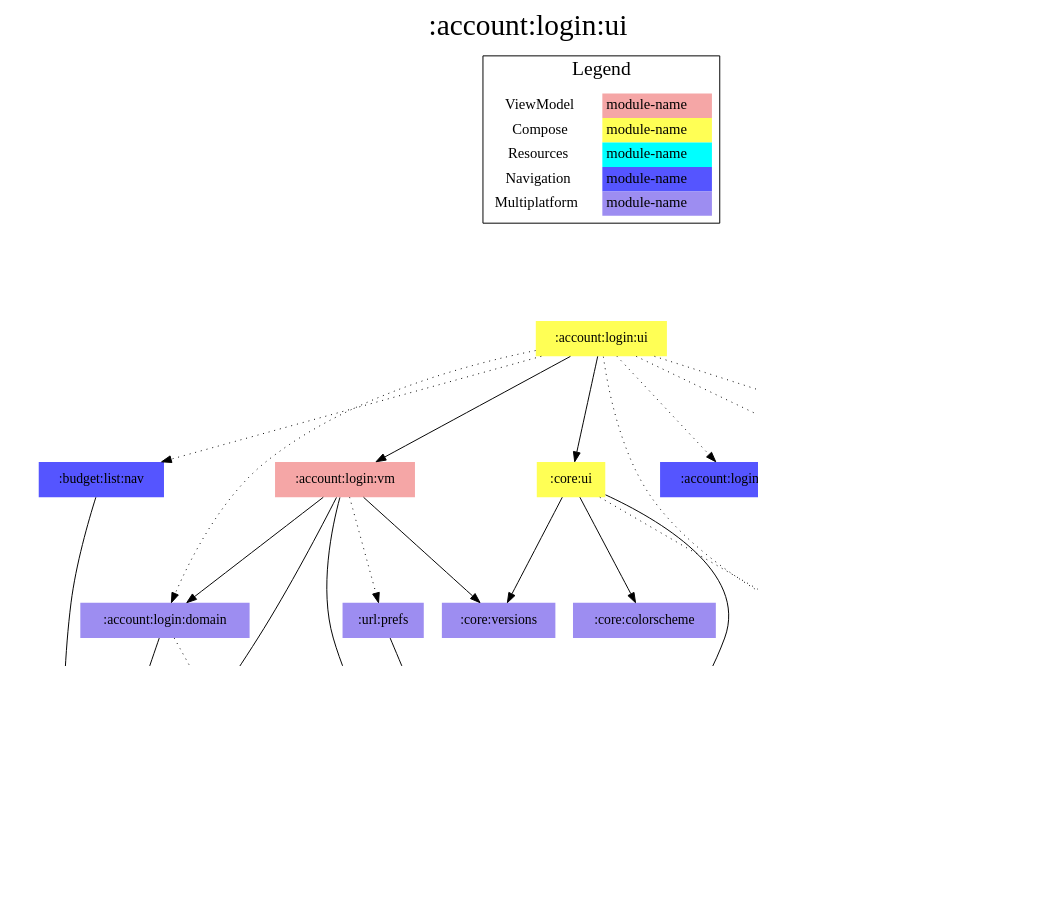
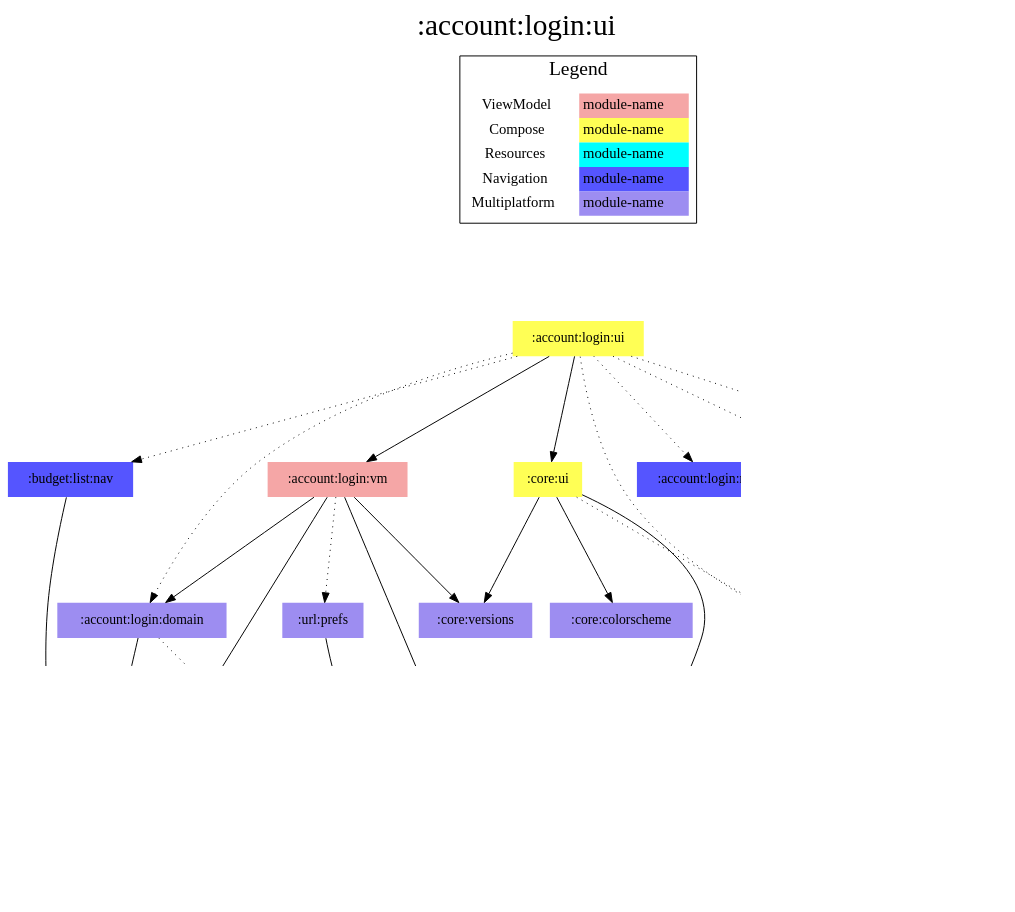
The diagram in modules/account/login/ui/modules.dot (jonapoul/aktual), drawn with Graphviz before and after one commit. The commit also changed 96 other files, not shown here.

Commit message:
url:model -> core:model

```diff
--- a/modules/account/login/ui/modules.dot
+++ b/modules/account/login/ui/modules.dot
@@ -1,64 +1,64 @@
 digraph {
 edge ["dir"="forward"]
 graph ["dpi"="100","label"=":account:login:ui","labelloc"="t","fontsize"="30","ranksep"="1.5","rankdir"="TB"]
 node ["style"="filled"]
 ":account:login:domain" ["fillcolor"="#9D8DF1","shape"="none"]
 ":account:login:nav" ["fillcolor"="#5555FF","shape"="none"]
 ":account:login:res" ["fillcolor"="#00FFFF","shape"="none"]
 ":account:login:ui" ["fillcolor"="#FFFF55","shape"="none"]
 ":account:login:vm" ["fillcolor"="#F5A6A6","shape"="none"]
 ":account:model" ["fillcolor"="#9D8DF1","shape"="none"]
 ":api:actual" ["fillcolor"="#9D8DF1","shape"="none"]
 ":budget:list:nav" ["fillcolor"="#5555FF","shape"="none"]
 ":budget:model" ["fillcolor"="#9D8DF1","shape"="none"]
 ":codegen:annotation" ["fillcolor"="#9D8DF1","shape"="none"]
 ":core:colorscheme" ["fillcolor"="#9D8DF1","shape"="none"]
+":core:model" ["fillcolor"="#9D8DF1","shape"="none"]
 ":core:res" ["fillcolor"="#00FFFF","shape"="none"]
 ":core:ui" ["fillcolor"="#FFFF55","shape"="none"]
 ":core:versions" ["fillcolor"="#9D8DF1","shape"="none"]
-":url:model" ["fillcolor"="#9D8DF1","shape"="none"]
 ":url:nav" ["fillcolor"="#5555FF","shape"="none"]
 ":url:prefs" ["fillcolor"="#9D8DF1","shape"="none"]
 {
 edge ["dir"="none"]
 graph ["rank"="same"]
 }
 ":account:login:domain" -> ":account:model"
 ":account:login:domain" -> ":api:actual" ["style"="dotted"]
 ":account:login:ui" -> ":account:login:domain" ["style"="dotted"]
 ":account:login:ui" -> ":account:login:nav" ["style"="dotted"]
 ":account:login:ui" -> ":account:login:res" ["style"="dotted"]
 ":account:login:ui" -> ":account:login:vm"
 ":account:login:ui" -> ":budget:list:nav" ["style"="dotted"]
 ":account:login:ui" -> ":core:res" ["style"="dotted"]
 ":account:login:ui" -> ":core:ui"
 ":account:login:ui" -> ":url:nav" ["style"="dotted"]
 ":account:login:vm" -> ":account:login:domain"
 ":account:login:vm" -> ":account:model"
+":account:login:vm" -> ":core:model"
 ":account:login:vm" -> ":core:versions"
-":account:login:vm" -> ":url:model"
 ":account:login:vm" -> ":url:prefs" ["style"="dotted"]
 ":api:actual" -> ":account:model"
 ":api:actual" -> ":budget:model"
 ":api:actual" -> ":codegen:annotation" ["style"="dotted"]
-":api:actual" -> ":url:model"
+":api:actual" -> ":core:model"
 ":budget:list:nav" -> ":account:model"
 ":core:ui" -> ":core:colorscheme"
+":core:ui" -> ":core:model"
 ":core:ui" -> ":core:res" ["style"="dotted"]
 ":core:ui" -> ":core:versions"
-":core:ui" -> ":url:model"
-":url:prefs" -> ":url:model"
+":url:prefs" -> ":core:model"
 subgraph "cluster_legend" {
 edge ["dir"="none"]
 graph ["label"="Legend","fontsize"="20"]
 "Legend" ["style"="filled","fillcolor"="#FFFFFF","shape"="none","margin"="0","fontsize"="15","label"=<
 <TABLE BORDER="0" CELLBORDER="0" CELLSPACING="0" CELLPADDING="4">
 <TR><TD>ViewModel</TD><TD BGCOLOR="#F5A6A6">module-name</TD></TR>
 <TR><TD>Compose</TD><TD BGCOLOR="#FFFF55">module-name</TD></TR>
 <TR><TD>Resources</TD><TD BGCOLOR="#00FFFF">module-name</TD></TR>
 <TR><TD>Navigation</TD><TD BGCOLOR="#5555FF">module-name</TD></TR>
 <TR><TD>Multiplatform</TD><TD BGCOLOR="#9D8DF1">module-name</TD></TR>
 </TABLE>
 >]
 } -> ":account:login:ui" ["style"="invis"]
 }
```
